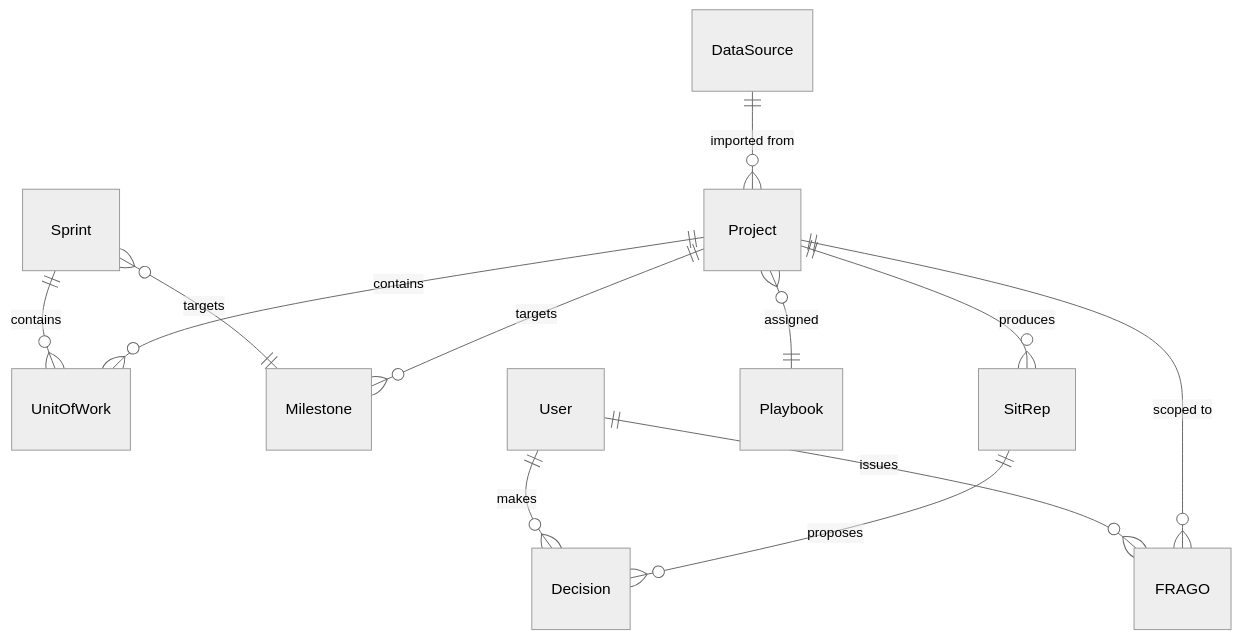
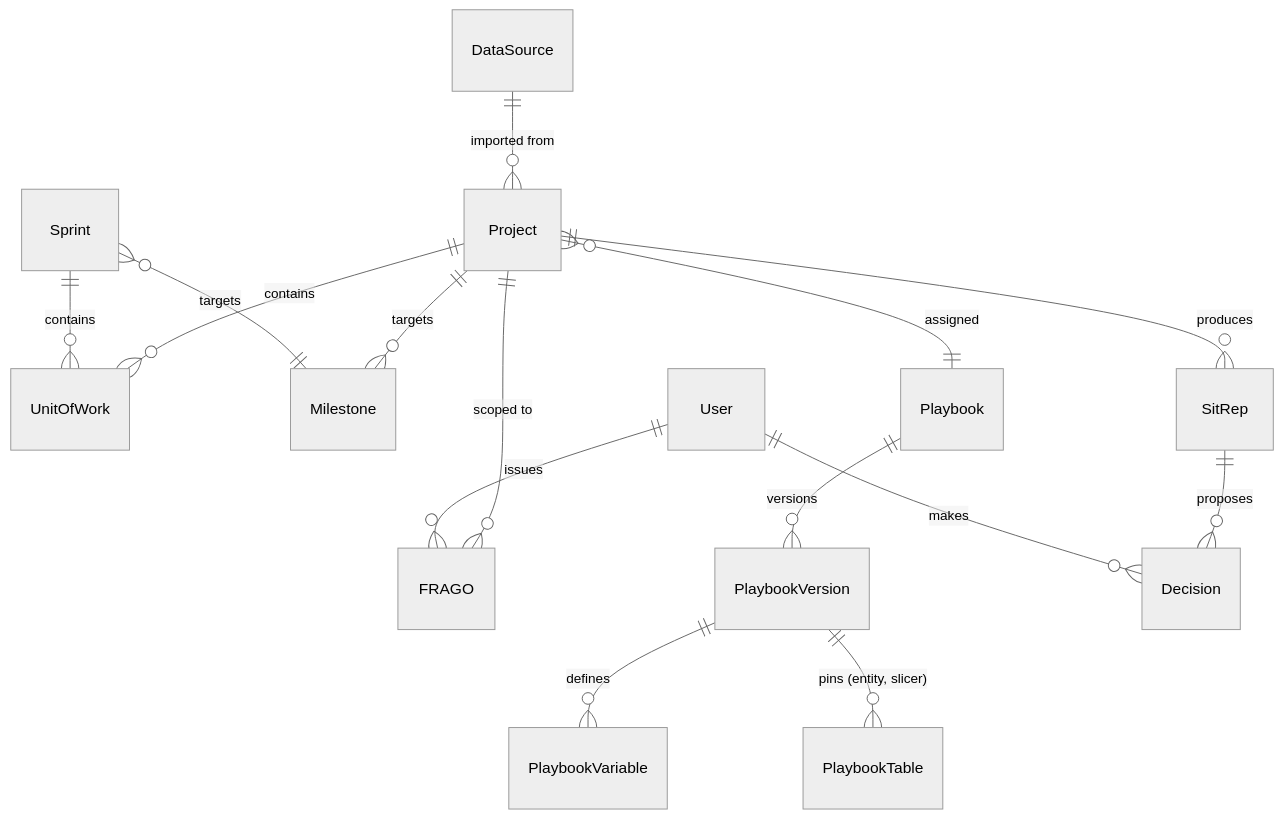
Before and after one commit to FeatureFactory-io/huginn: the first of 7 diagrams in docs/ideation/vision.md, drawn with Mermaid (neutral theme). The commit also changed other lines of this file and 13 other files, not shown here.

````diff
--- a/docs/ideation/vision.md
+++ b/docs/ideation/vision.md
@@ -155,14 +160,17 @@
 ```mermaid
 erDiagram
     DataSource ||--o{ Project : "imported from"
     Project ||--o{ UnitOfWork : contains
     Project ||--o{ Milestone : targets
     Project ||--o{ SitRep : produces
     Project ||--o{ FRAGO : "scoped to"
     Project }o--|| Playbook : assigned
+    Playbook ||--o{ PlaybookVersion : versions
+    PlaybookVersion ||--o{ PlaybookVariable : defines
+    PlaybookVersion ||--o{ PlaybookTable : "pins (entity, slicer)"
     Sprint }o--|| Milestone : targets
     Sprint ||--o{ UnitOfWork : contains
     SitRep ||--o{ Decision : proposes
     User ||--o{ Decision : makes
     User ||--o{ FRAGO : issues
 ```
````
